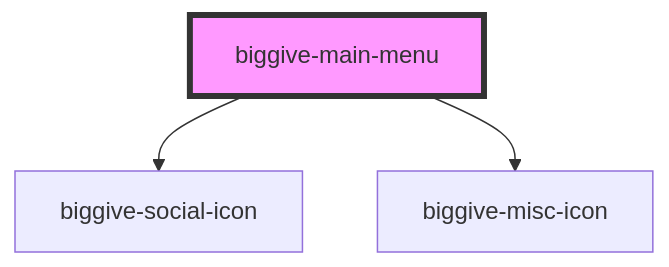
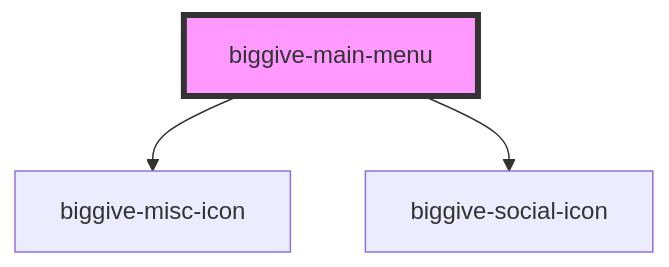
Before and after one commit to thebiggive/components: the diagram in src/components/biggive-main-menu/readme.md, drawn with Mermaid. The commit also changed other lines of this file and 3 other files, not shown here.

````diff
--- a/src/components/biggive-main-menu/readme.md
+++ b/src/components/biggive-main-menu/readme.md
@@ -40,6 +47,6 @@
 ```mermaid
 graph TD;
+  biggive-main-menu --> biggive-misc-icon
   biggive-main-menu --> biggive-social-icon
-  biggive-main-menu --> biggive-misc-icon
   style biggive-main-menu fill:#f9f,stroke:#333,stroke-width:4px
 ```
````
